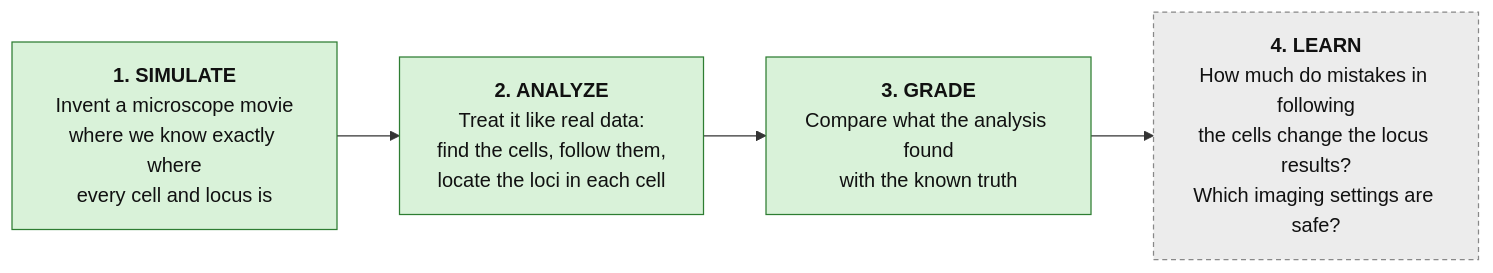
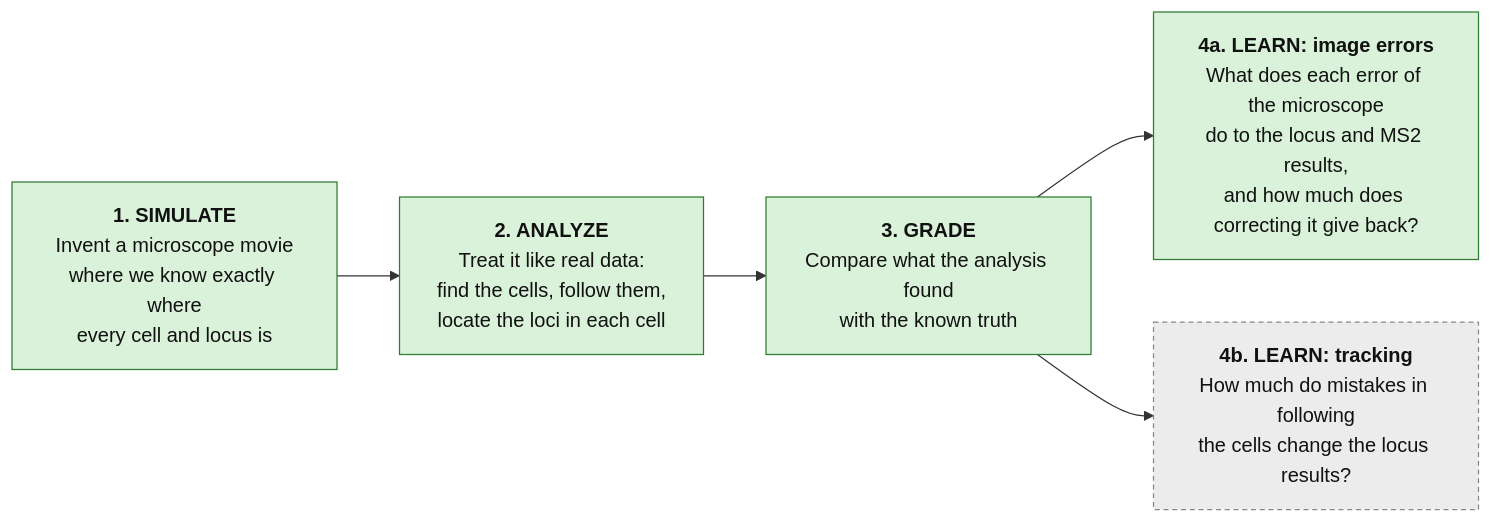
The first of 7 diagrams in docs/ARCHITECTURE.md (CHB-Bohrer/Sim_Live_Cell_Analysis), drawn with Mermaid before and after one commit. The commit also changed other lines of this file and 30 other files, not shown here.

````diff
--- a/docs/ARCHITECTURE.md
+++ b/docs/ARCHITECTURE.md
@@ -14,11 +14,13 @@
 ```mermaid
 flowchart LR
     A["<b>1. SIMULATE</b><br/>Invent a microscope movie<br/>where we know exactly where<br/>every cell and locus is"]:::built
     B["<b>2. ANALYZE</b><br/>Treat it like real data:<br/>find the cells, follow them,<br/>locate the loci in each cell"]:::built
     C["<b>3. GRADE</b><br/>Compare what the analysis found<br/>with the known truth"]:::built
-    D["<b>4. LEARN</b><br/>How much do mistakes in following<br/>the cells change the locus results?<br/>Which imaging settings are safe?"]:::planned
-    A --> B --> C --> D
+    D1["<b>4a. LEARN: image errors</b><br/>What does each error of the microscope<br/>do to the locus and MS2 results,<br/>and how much does correcting it give back?"]:::built
+    D2["<b>4b. LEARN: tracking</b><br/>How much do mistakes in following<br/>the cells change the locus results?"]:::planned
+    A --> B --> C --> D1
+    C --> D2
 
     classDef built fill:#d9f2d9,stroke:#2e7d32,color:#111;
     classDef planned fill:#ececec,stroke:#888,stroke-dasharray: 4 3,color:#111;
 ```
````
